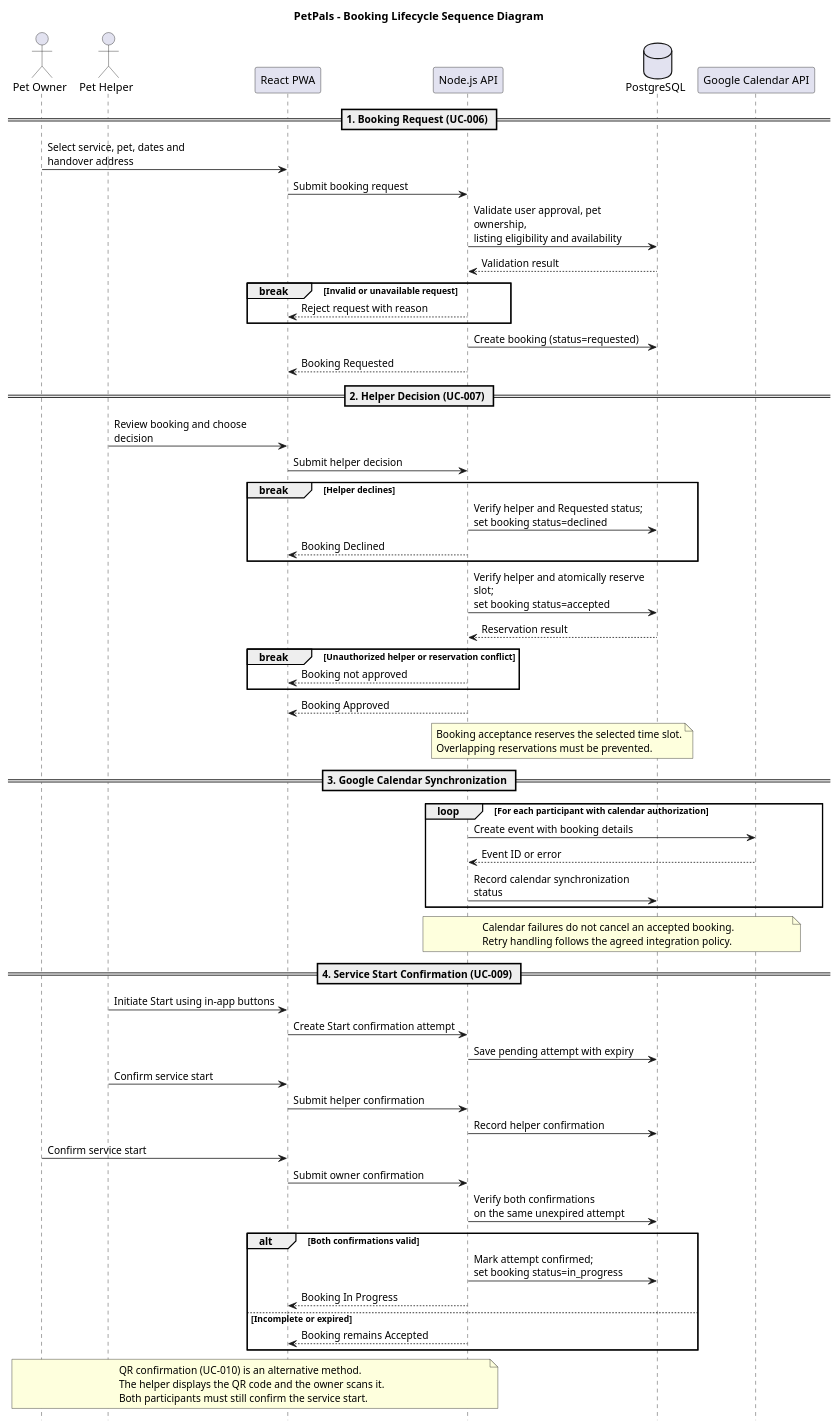
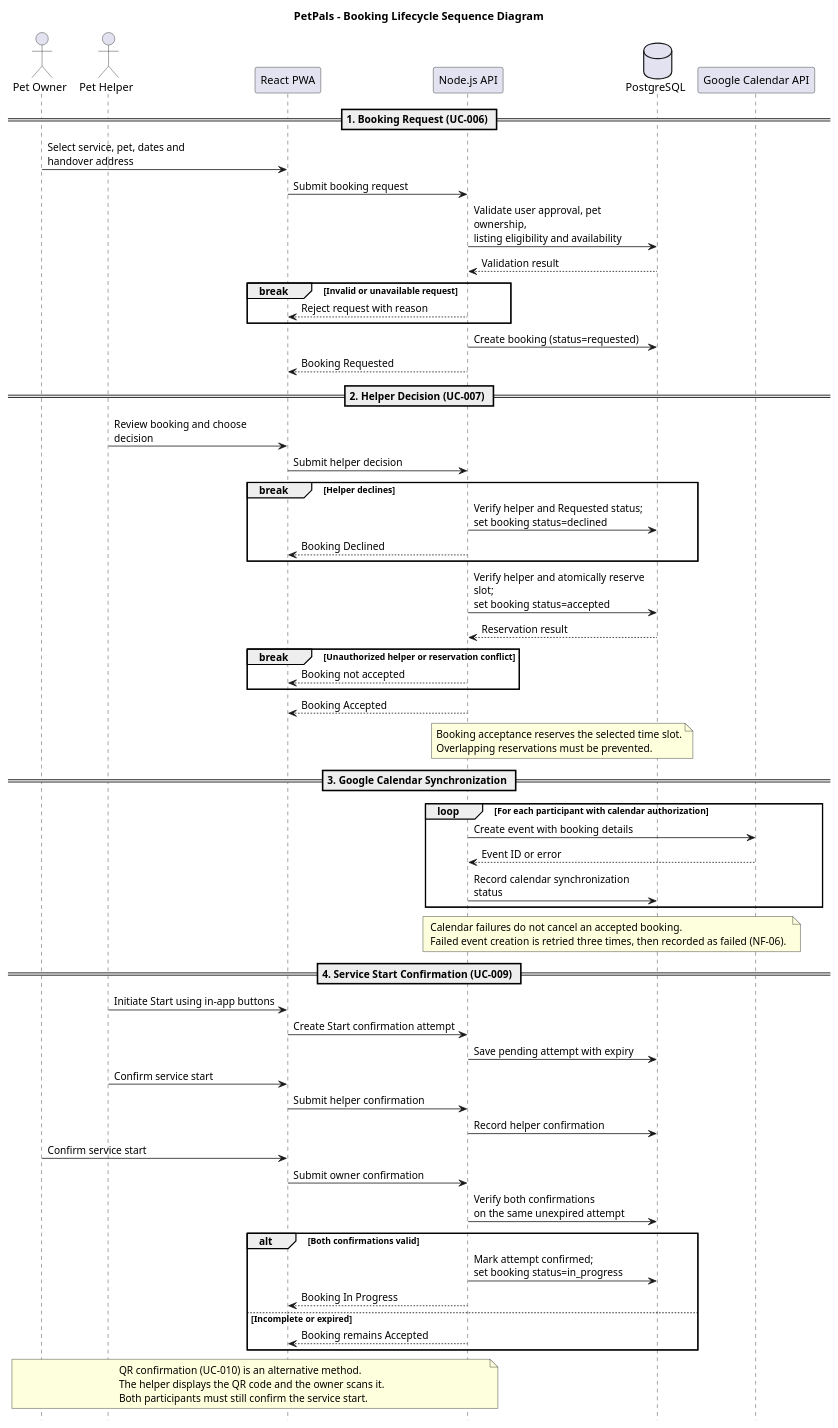
Before and after one commit to xikodev/PetPals: the diagram in docs/puml/4-4-1-booking-lifecycle-sequence.puml, drawn with PlantUML. The commit also changed 11 other files, not shown here.

Commit message:
docs adjust doc 4 and diagrams

```diff
--- a/docs/puml/4-4-1-booking-lifecycle-sequence.puml
+++ b/docs/puml/4-4-1-booking-lifecycle-sequence.puml
@@ -2,100 +2,100 @@
 @startuml
 ' PetPals - Section 4.4.1
 ' Representative booking lifecycle sequence diagram
 ' Based on UC-006, UC-007, UC-009 and database.md
 
 title PetPals - Booking Lifecycle Sequence Diagram
 
 skinparam shadowing false
 skinparam sequenceMessageAlign left
 skinparam maxMessageSize 220
 hide footbox
 
 actor "Pet Owner" as Owner
 actor "Pet Helper" as Helper
 participant "React PWA" as PWA
 participant "Node.js API" as API
 database "PostgreSQL" as DB
 participant "Google Calendar API" as Calendar
 
 == 1. Booking Request (UC-006) ==
 
 Owner -> PWA: Select service, pet, dates and handover address
 PWA -> API: Submit booking request
 
 API -> DB: Validate user approval, pet ownership,\nlisting eligibility and availability
 DB --> API: Validation result
 
 break Invalid or unavailable request
     API --> PWA: Reject request with reason
 end
 
 API -> DB: Create booking (status=requested)
 API --> PWA: Booking Requested
 
 == 2. Helper Decision (UC-007) ==
 
 Helper -> PWA: Review booking and choose decision
 PWA -> API: Submit helper decision
 
 break Helper declines
     API -> DB: Verify helper and Requested status;\nset booking status=declined
     API --> PWA: Booking Declined
 end
 
 API -> DB: Verify helper and atomically reserve slot;\nset booking status=accepted
 DB --> API: Reservation result
 
 break Unauthorized helper or reservation conflict
-    API --> PWA: Booking not approved
+    API --> PWA: Booking not accepted
 end
 
-API --> PWA: Booking Approved
+API --> PWA: Booking Accepted
 
 note over API,DB
     Booking acceptance reserves the selected time slot.
     Overlapping reservations must be prevented.
 end note
 
 == 3. Google Calendar Synchronization ==
 
 loop For each participant with calendar authorization
     API -> Calendar: Create event with booking details
     Calendar --> API: Event ID or error
     API -> DB: Record calendar synchronization status
 end
 
 note over API,Calendar
     Calendar failures do not cancel an accepted booking.
-    Retry handling follows the agreed integration policy.
+    Failed event creation is retried three times, then recorded as failed (NF-06).
 end note
 
 == 4. Service Start Confirmation (UC-009) ==
 
 Helper -> PWA: Initiate Start using in-app buttons
 PWA -> API: Create Start confirmation attempt
 API -> DB: Save pending attempt with expiry
 
 Helper -> PWA: Confirm service start
 PWA -> API: Submit helper confirmation
 API -> DB: Record helper confirmation
 
 Owner -> PWA: Confirm service start
 PWA -> API: Submit owner confirmation
 
 API -> DB: Verify both confirmations\non the same unexpired attempt
 
 alt Both confirmations valid
     API -> DB: Mark attempt confirmed;\nset booking status=in_progress
     API --> PWA: Booking In Progress
 else Incomplete or expired
     API --> PWA: Booking remains Accepted
 end
 
 note over Owner,API
     QR confirmation (UC-010) is an alternative method.
     The helper displays the QR code and the owner scans it.
     Both participants must still confirm the service start.
 end note
 
 @enduml
```
